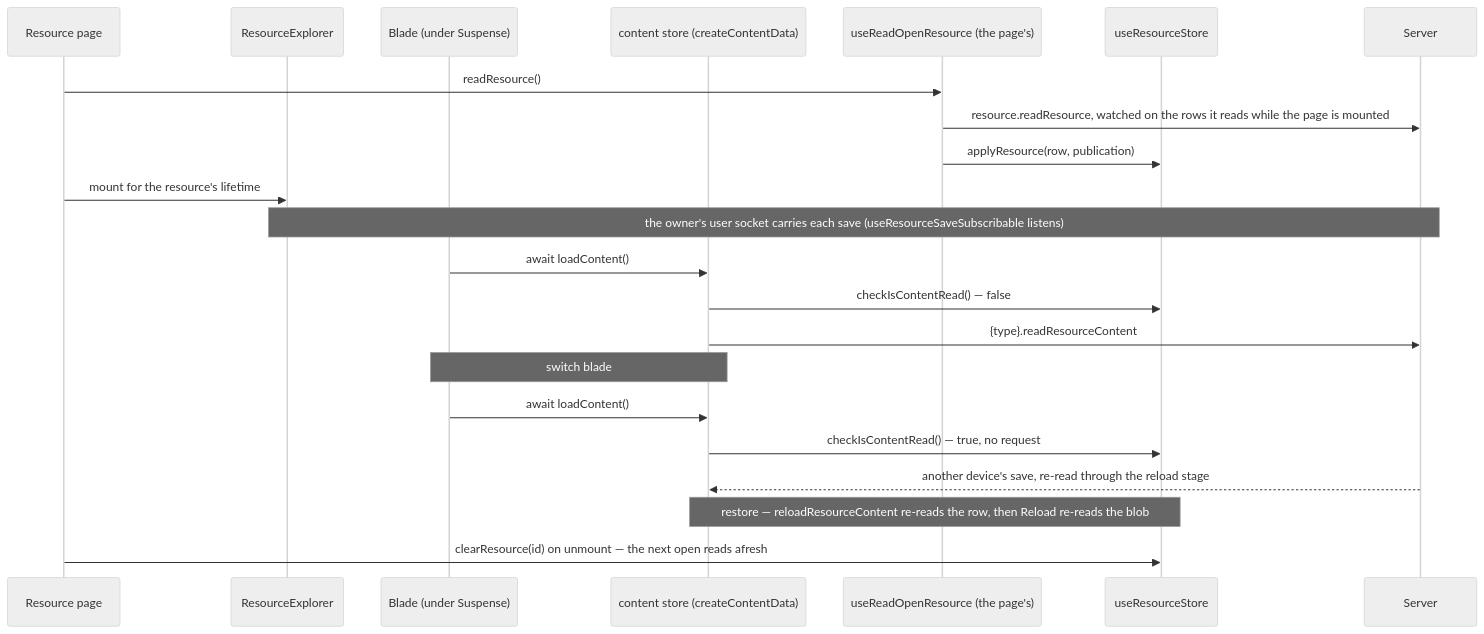
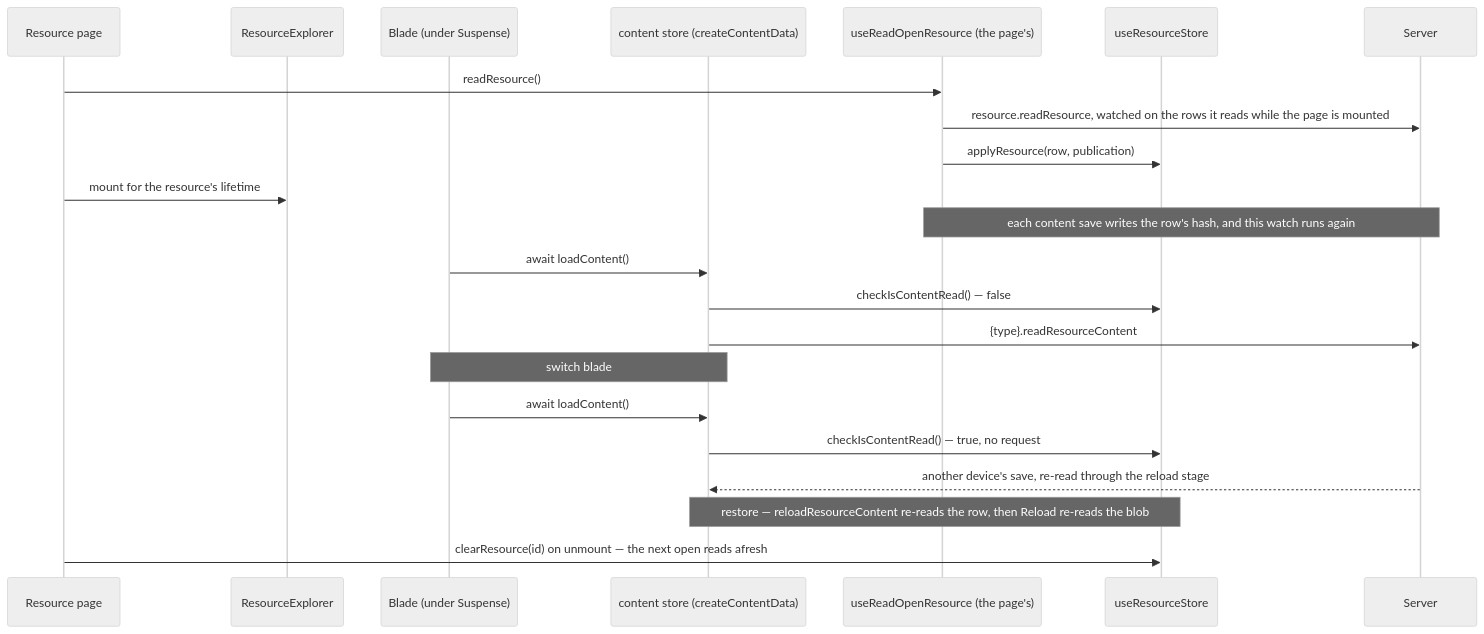
Before and after one commit to Esposter/Esposter: the third of 3 diagrams in openspec/specs/architecture/resource/design.md, drawn with Mermaid (neutral theme). The commit also changed other lines of this file and 11 other files, not shown here.

````diff
--- a/openspec/specs/architecture/resource/design.md
+++ b/openspec/specs/architecture/resource/design.md
@@ -181,25 +180,25 @@
 ```mermaid
 sequenceDiagram
   participant Page as Resource page
   participant Shell as ResourceExplorer
   participant Blade as Blade (under Suspense)
   participant Content as content store (createContentData)
   participant Read as useReadOpenResource (the page's)
   participant Resource as useResourceStore
   participant Server
 
   Page->>Read: readResource()
   Read->>Server: resource.readResource, watched on the rows it reads while the page is mounted
   Read->>Resource: applyResource(row, publication)
   Page->>Shell: mount for the resource's lifetime
-  Note over Shell,Server: the owner's user socket carries each save (useResourceSaveSubscribable listens)
+  Note over Read,Server: each content save writes the row's hash, and this watch runs again
   Blade->>Content: await loadContent()
   Content->>Resource: checkIsContentRead() — false
   Content->>Server: {type}.readResourceContent
   Note over Blade,Content: switch blade
   Blade->>Content: await loadContent()
   Content->>Resource: checkIsContentRead() — true, no request
   Server-->>Content: another device's save, re-read through the reload stage
   Note over Resource,Content: restore — reloadResourceContent re-reads the row, then Reload re-reads the blob
   Page->>Resource: clearResource(id) on unmount — the next open reads afresh
 ```
````
